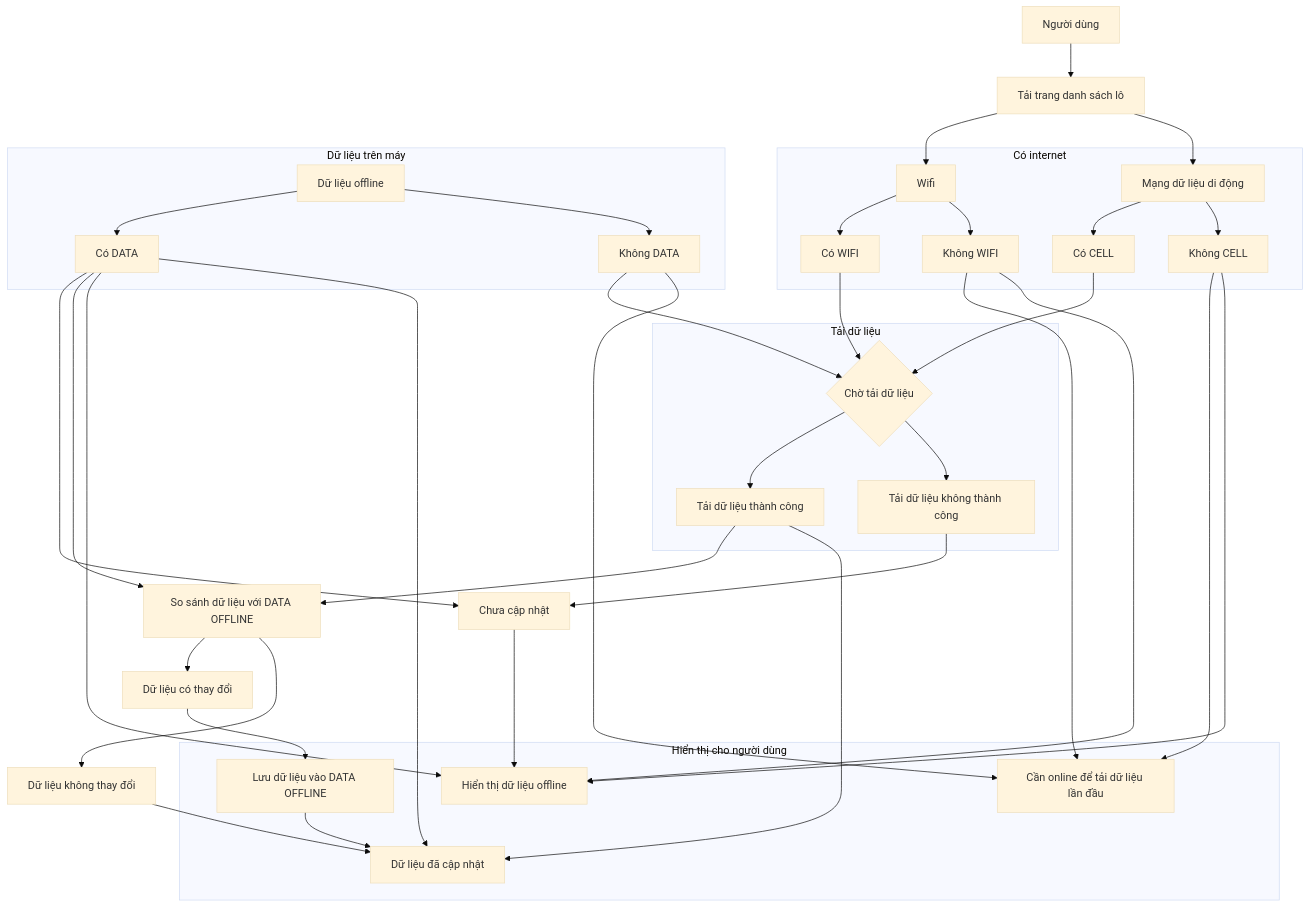
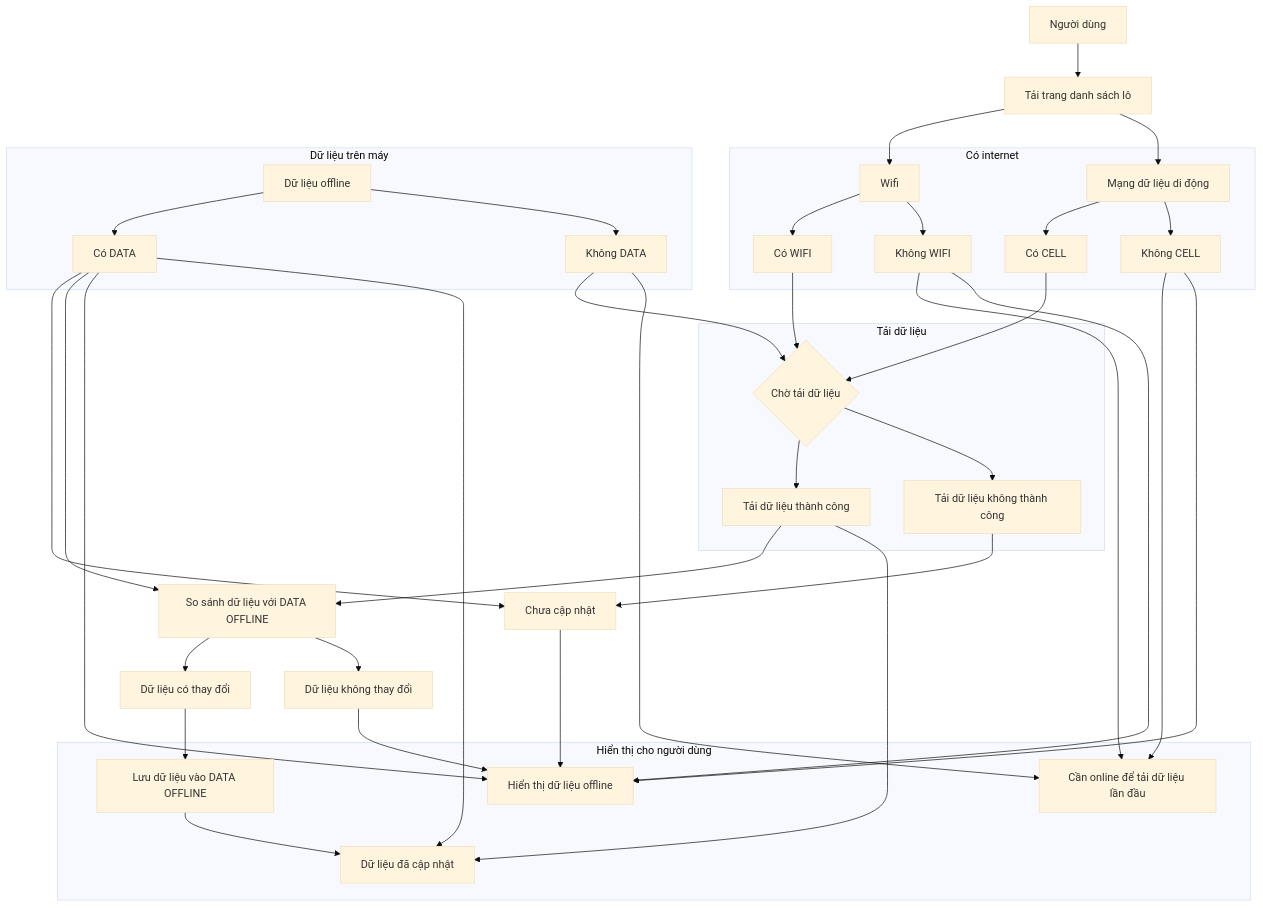
The diagram in docs/batches-flow.md (trethanhphat/tre-thanh-phat-pwa-docs), drawn with Mermaid (base theme) before and after one commit.

```diff
--- a/docs/batches-flow.md
+++ b/docs/batches-flow.md
@@ -73,7 +73,7 @@
 SAVE["Lưu dữ liệu vào DATA OFFLINE"]
 
 COMPARE-Y --> SAVE
-COMPARE-N --> SUCCESS
+COMPARE-N --> OFFLINE
 
 
 
```
